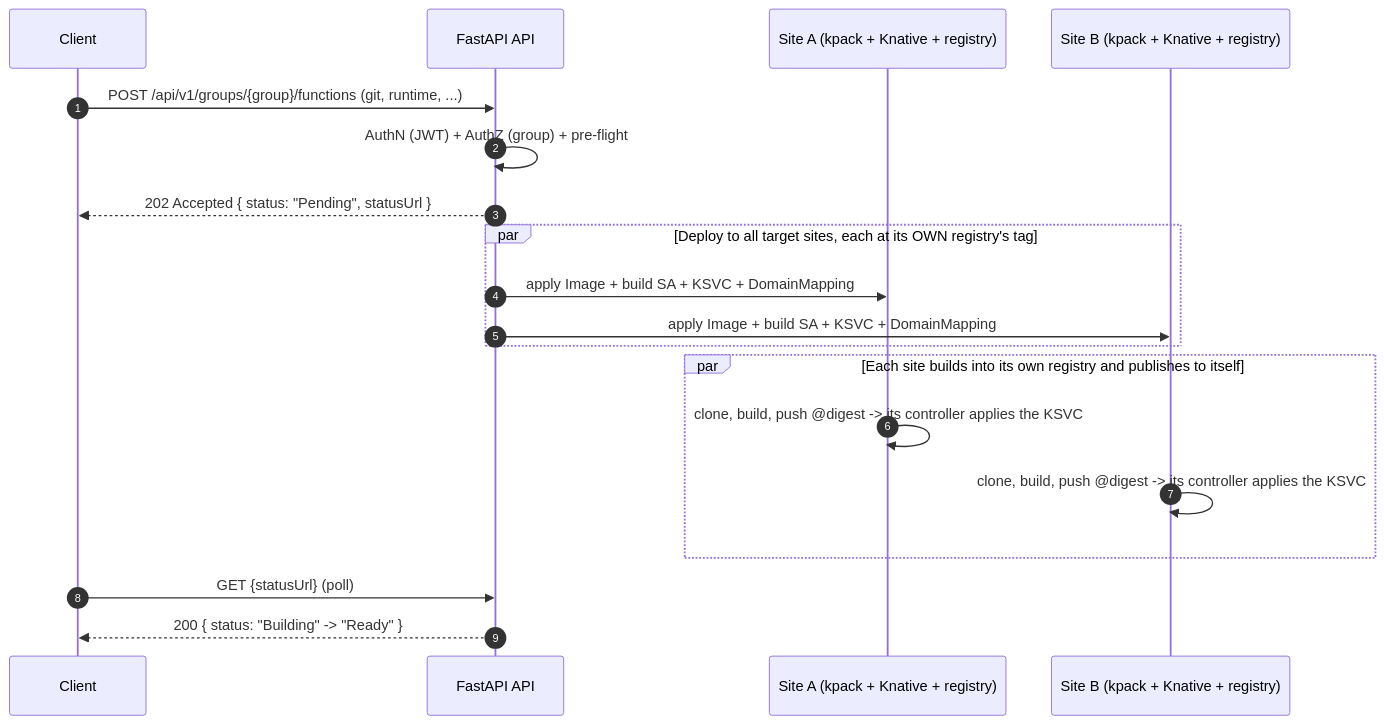
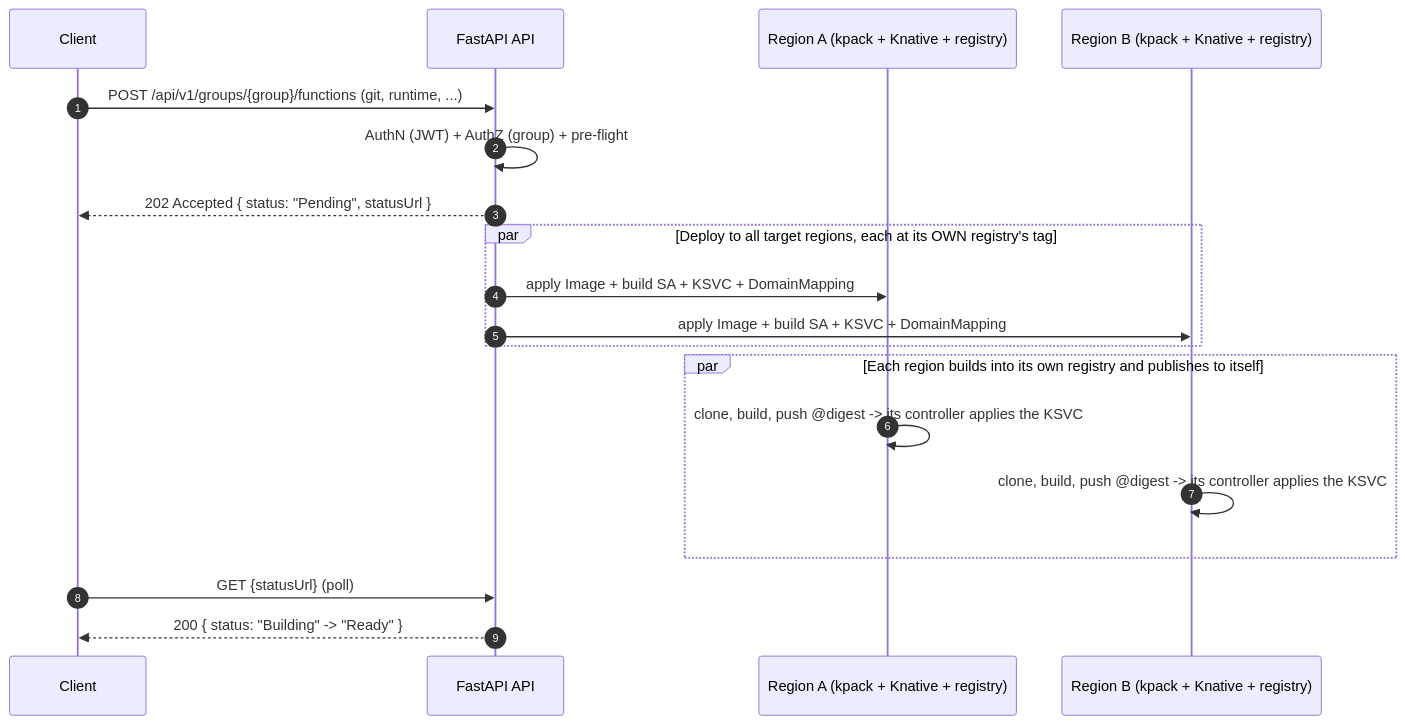
One commit to black-cloudlet/serverless changed the diagram in docs/FUNCTIONS.md. Above: the diagram before and after it, drawn with Mermaid. The commit also changed other lines of this file and 73 other files, not shown here.

First line of the commit message:
Rename site to region on every surface (#53)

````diff
--- a/docs/FUNCTIONS.md
+++ b/docs/FUNCTIONS.md
@@ -56,22 +56,22 @@
 ```mermaid
 sequenceDiagram
     autonumber
     participant U as Client
     participant API as FastAPI API
-    participant ZA as Site A (kpack + Knative + registry)
-    participant ZB as Site B (kpack + Knative + registry)
+    participant ZA as Region A (kpack + Knative + registry)
+    participant ZB as Region B (kpack + Knative + registry)
 
     U->>API: POST /api/v1/groups/{group}/functions (git, runtime, ...)
     API->>API: AuthN (JWT) + AuthZ (group) + pre-flight
     API-->>U: 202 Accepted { status: "Pending", statusUrl }
-    par Deploy to all target sites, each at its OWN registry's tag
+    par Deploy to all target regions, each at its OWN registry's tag
         API->>ZA: apply Image + build SA + KSVC + DomainMapping
         API->>ZB: apply Image + build SA + KSVC + DomainMapping
     end
-    par Each site builds into its own registry and publishes to itself
+    par Each region builds into its own registry and publishes to itself
         ZA->>ZA: clone, build, push @digest -> its controller applies the KSVC
         ZB->>ZB: clone, build, push @digest -> its controller applies the KSVC
     end
     U->>API: GET {statusUrl} (poll)
     API-->>U: 200 { status: "Building" -> "Ready" }
 ```
````
